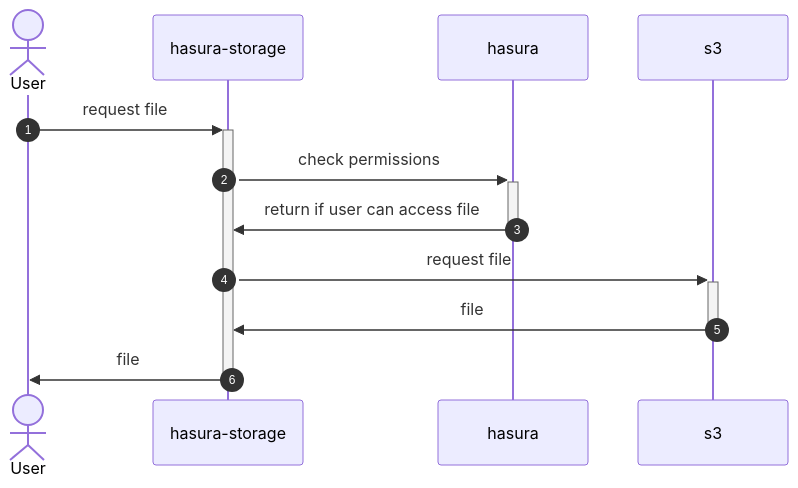
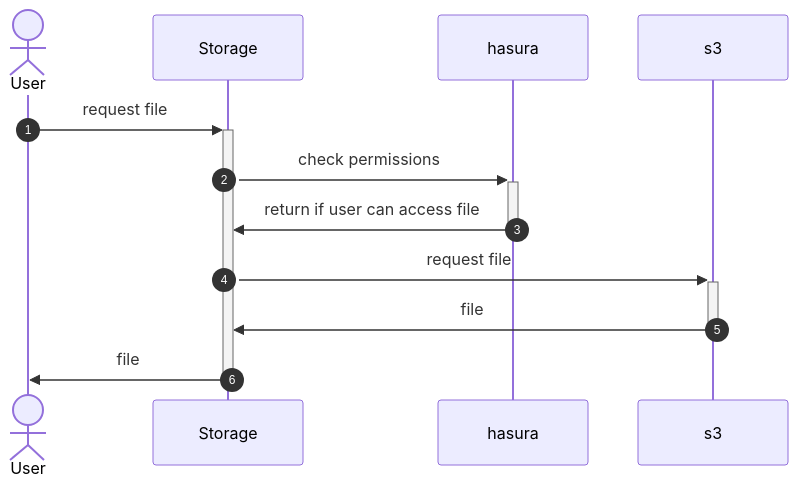
Before and after one commit to nhost/nhost: the second of 3 diagrams in services/storage/README.md, drawn with Mermaid. The commit also changed other lines of this file and 713 other files, not shown here.

````diff
--- a/services/storage/README.md
+++ b/services/storage/README.md
@@ -31,11 +31,11 @@
 ``` mermaid
 sequenceDiagram
     actor User
     autonumber
-    User->>+hasura-storage: request file
-    hasura-storage->>+hasura: check permissions
-    hasura->>-hasura-storage: return if user can access file
-    hasura-storage->>+s3: request file
-    s3->>-hasura-storage: file
-    hasura-storage->>-User: file
+    User->>+Storage: request file
+    Storage->>+hasura: check permissions
+    hasura->>-Storage: return if user can access file
+    Storage->>+s3: request file
+    s3->>-Storage: file
+    Storage->>-User: file
 ```
````
